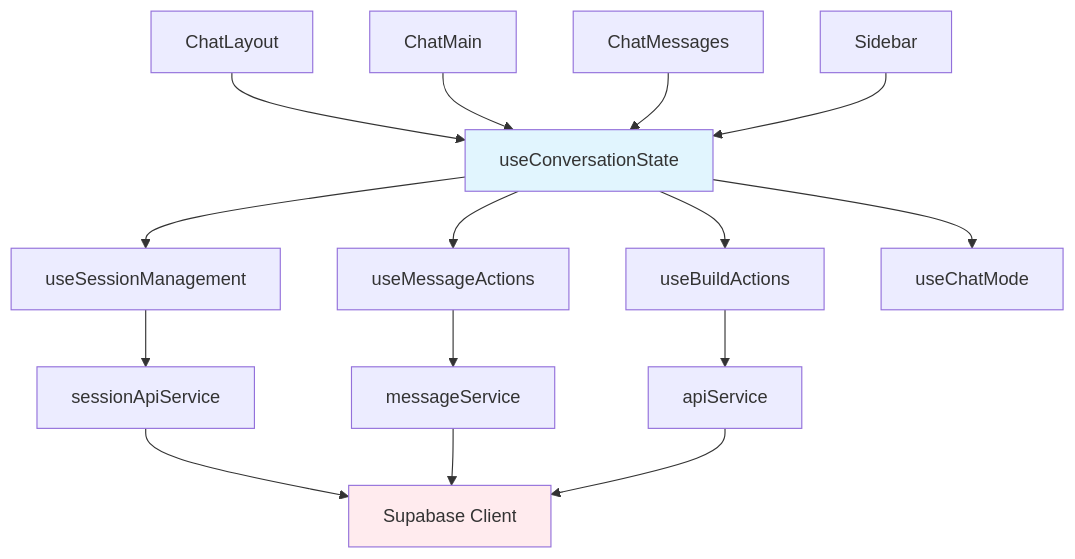
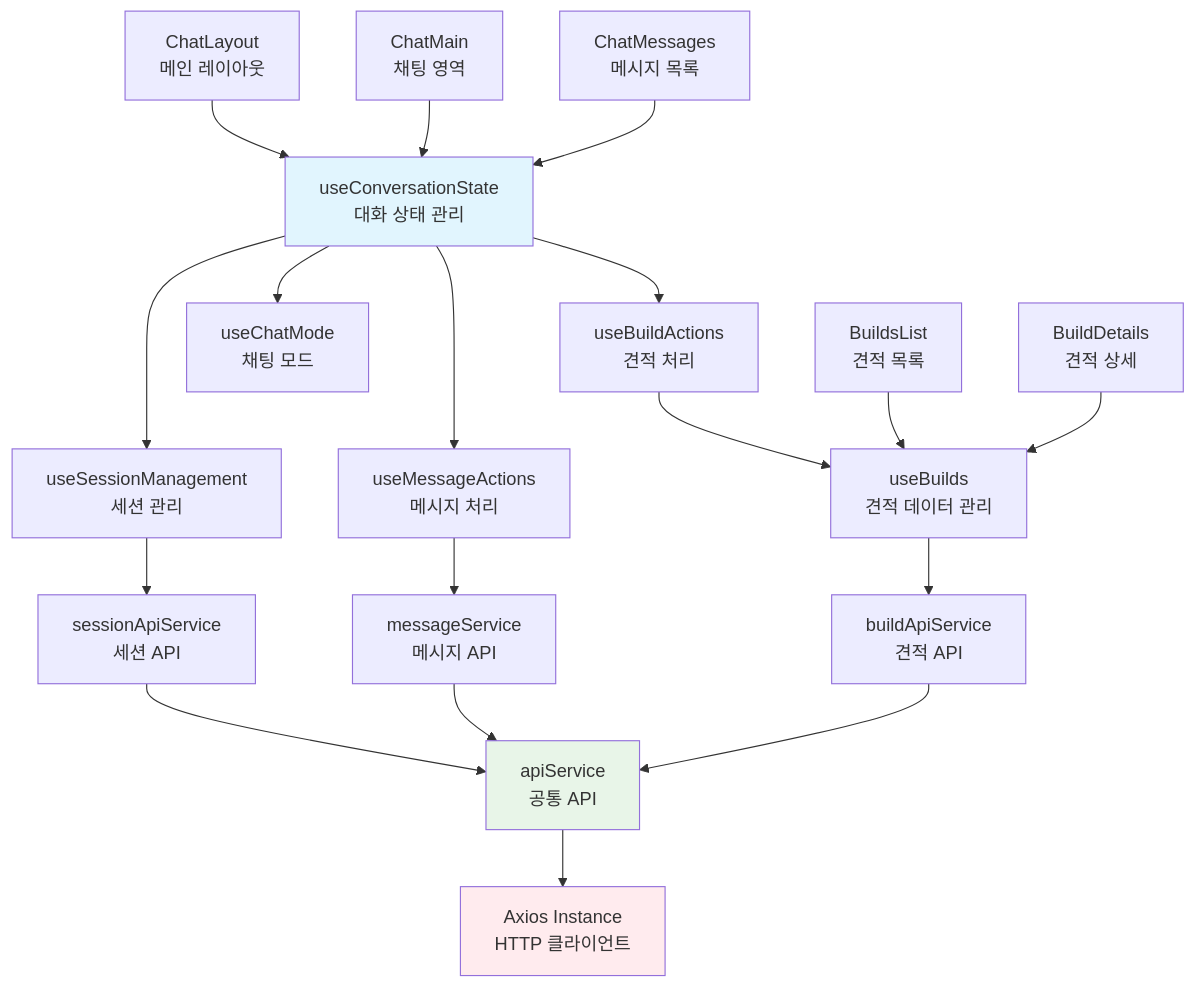
Before and after one commit to p0pular131/askspec-chat-assistant: diagram 14 of 19 in docs/design-specification.md, drawn with Mermaid. The commit also changed other lines of this file, not shown here.

First line of the commit message:
Fix: Improve design spec diagrams and add estimate features

````diff
--- a/docs/design-specification.md
+++ b/docs/design-specification.md
@@ -683,23 +1065,29 @@
 ```mermaid
 graph TD
-    A[useConversationState] --> B[useSessionManagement]
-    A --> C[useMessageActions]
-    A --> D[useBuildActions]
-    A --> E[useChatMode]
+    useConversationState[useConversationState<br/>대화 상태 관리] --> useSessionManagement[useSessionManagement<br/>세션 관리]
+    useConversationState --> useMessageActions[useMessageActions<br/>메시지 처리]
+    useConversationState --> useBuildActions[useBuildActions<br/>견적 처리]
+    useConversationState --> useChatMode[useChatMode<br/>채팅 모드]
     
-    B --> F[sessionApiService]
-    C --> G[messageService]
-    D --> H[apiService]
+    useBuildActions --> useBuilds[useBuilds<br/>견적 데이터 관리]
     
-    F --> I[Supabase Client]
-    G --> I
-    H --> I
+    useSessionManagement --> sessionApiService[sessionApiService<br/>세션 API]
+    useMessageActions --> messageService[messageService<br/>메시지 API]
+    useBuilds --> buildApiService[buildApiService<br/>견적 API]
     
-    J[ChatLayout] --> A
-    K[ChatMain] --> A
-    L[ChatMessages] --> A
-    M[Sidebar] --> A
+    sessionApiService --> apiService[apiService<br/>공통 API]
+    messageService --> apiService
+    buildApiService --> apiService
     
-    style A fill:#e1f5fe
-    style I fill:#ffebee
+    apiService --> AxiosInstance[Axios Instance<br/>HTTP 클라이언트]
+    
+    ChatLayout[ChatLayout<br/>메인 레이아웃] --> useConversationState
+    ChatMain[ChatMain<br/>채팅 영역] --> useConversationState
+    ChatMessages[ChatMessages<br/>메시지 목록] --> useConversationState
+    BuildsList[BuildsList<br/>견적 목록] --> useBuilds
+    BuildDetails[BuildDetails<br/>견적 상세] --> useBuilds
+    
+    style useConversationState fill:#e1f5fe
+    style apiService fill:#e8f5e8
+    style AxiosInstance fill:#ffebee
 ```
````
